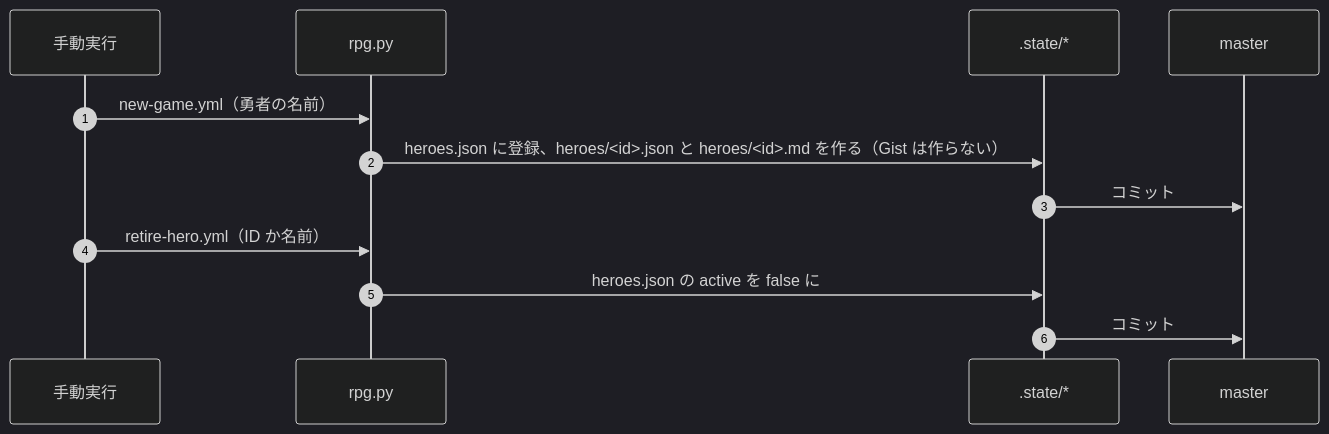
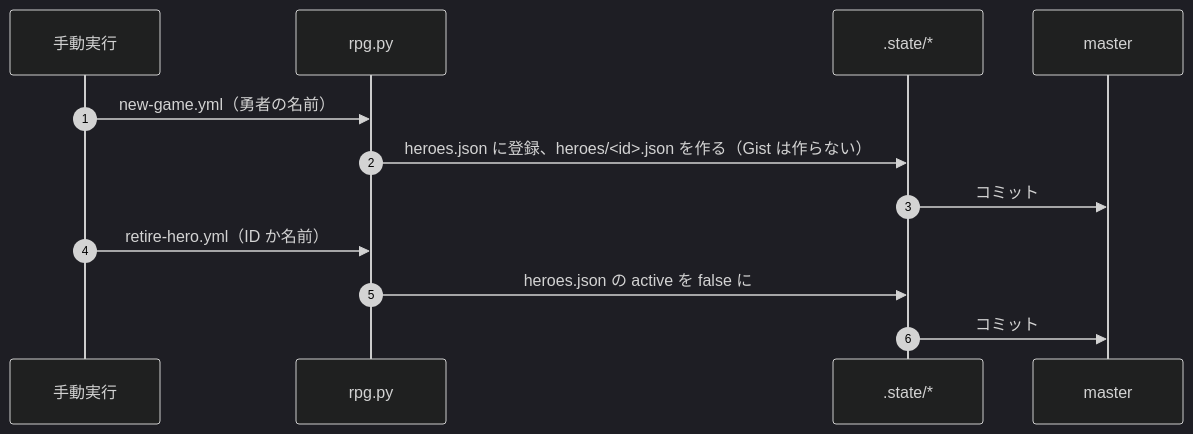
One commit to ot-nemoto/cryepis changed the third of 3 diagrams in docs/DATA_FLOW.md. Above: the diagram before and after it, drawn with Mermaid (dark theme). The commit also changed other lines of this file and 10 other files, not shown here.

First line of the commit message:
feat: heroes/ の詳細のページと地図をリポジトリに保存するのをやめ、サイトだけにする

````diff
--- a/docs/DATA_FLOW.md
+++ b/docs/DATA_FLOW.md
@@ -103,15 +99,15 @@
 ```mermaid
 sequenceDiagram
     autonumber
     participant U as 手動実行
     participant RP as rpg.py
     participant S as .state/*
     participant M as master
 
     U->>RP: new-game.yml（勇者の名前）
-    RP->>S: heroes.json に登録、heroes/<id>.json と heroes/<id>.md を作る（Gist は作らない）
+    RP->>S: heroes.json に登録、heroes/<id>.json を作る（Gist は作らない）
     S->>M: コミット
     U->>RP: retire-hero.yml（ID か名前）
     RP->>S: heroes.json の active を false に
     S->>M: コミット
 ```
````
